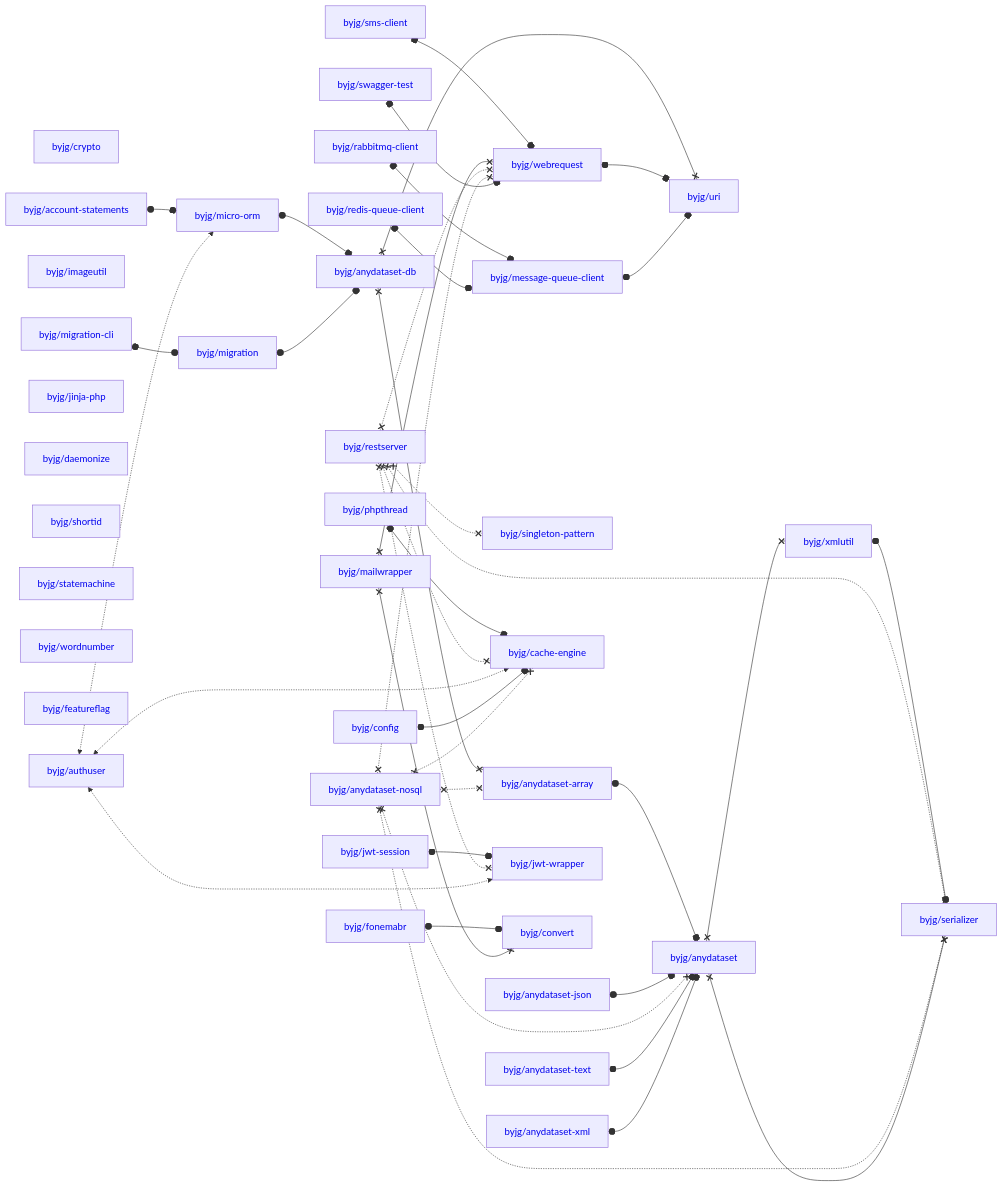
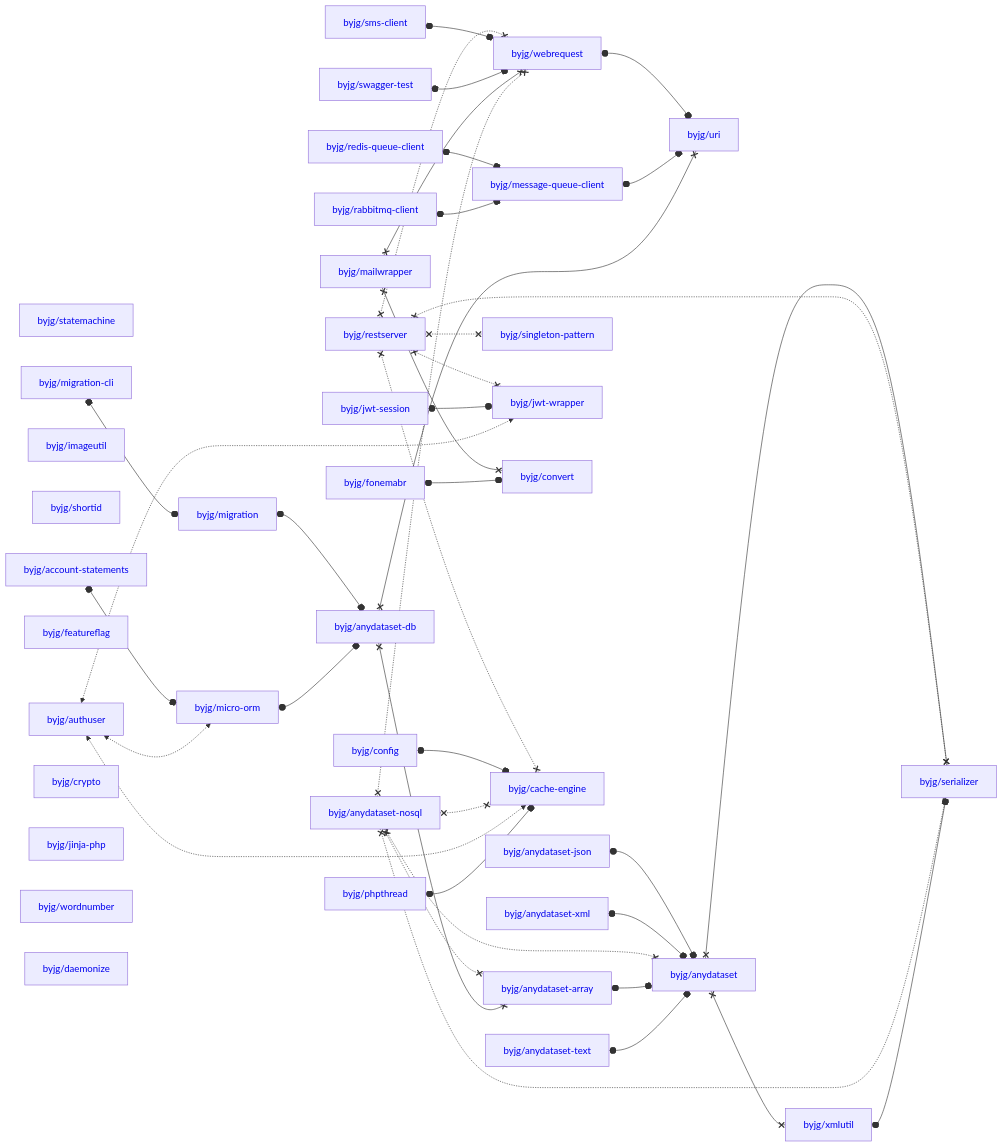
One commit to byjg/byjg.github.io changed the diagram in docs/php/README.md. Above: the diagram before and after it, drawn with Mermaid. The commit also changed other lines of this file, not shown here.

Commit message:
Update documentation 'php' 'php-migration'

````diff
--- a/docs/php/README.md
+++ b/docs/php/README.md
@@ -3,80 +3,80 @@
 ```mermaid
 graph LR;
-  byjg/swagger-test[<a href='https://opensource.byjg.com/docs/php/swagger-test' style='text-decoration:none'>byjg/swagger-test</a>];
-  byjg/crypto[<a href='https://opensource.byjg.com/docs/php/crypto' style='text-decoration:none'>byjg/crypto</a>];
+  byjg/fonemabr[<a href='https://opensource.byjg.com/docs/php/fonemabr' style='text-decoration:none'>byjg/fonemabr</a>];
+  byjg/statemachine[<a href='https://opensource.byjg.com/docs/php/statemachine' style='text-decoration:none'>byjg/statemachine</a>];
+  byjg/jwt-session[<a href='https://opensource.byjg.com/docs/php/jwt-session' style='text-decoration:none'>byjg/jwt-session</a>];
+  byjg/authuser[<a href='https://opensource.byjg.com/docs/php/authuser' style='text-decoration:none'>byjg/authuser</a>];
+  byjg/anydataset-json[<a href='https://opensource.byjg.com/docs/php/anydataset-json' style='text-decoration:none'>byjg/anydataset-json</a>];
+  byjg/anydataset-nosql[<a href='https://opensource.byjg.com/docs/php/anydataset-nosql' style='text-decoration:none'>byjg/anydataset-nosql</a>];
+  byjg/anydataset-text[<a href='https://opensource.byjg.com/docs/php/anydataset-text' style='text-decoration:none'>byjg/anydataset-text</a>];
   byjg/rabbitmq-client[<a href='https://opensource.byjg.com/docs/php/rabbitmq-client' style='text-decoration:none'>byjg/rabbitmq-client</a>];
-  byjg/mailwrapper[<a href='https://opensource.byjg.com/docs/php/mailwrapper' style='text-decoration:none'>byjg/mailwrapper</a>];
-  byjg/account-statements[<a href='https://opensource.byjg.com/docs/php/account-statements' style='text-decoration:none'>byjg/account-statements</a>];
-  byjg/restserver[<a href='https://opensource.byjg.com/docs/php/restserver' style='text-decoration:none'>byjg/restserver</a>];
-  byjg/redis-queue-client[<a href='https://opensource.byjg.com/docs/php/redis-queue-client' style='text-decoration:none'>byjg/redis-queue-client</a>];
   byjg/imageutil[<a href='https://opensource.byjg.com/docs/php/imageutil' style='text-decoration:none'>byjg/imageutil</a>];
   byjg/anydataset-xml[<a href='https://opensource.byjg.com/docs/php/anydataset-xml' style='text-decoration:none'>byjg/anydataset-xml</a>];
+  byjg/redis-queue-client[<a href='https://opensource.byjg.com/docs/php/redis-queue-client' style='text-decoration:none'>byjg/redis-queue-client</a>];
+  byjg/shortid[<a href='https://opensource.byjg.com/docs/php/shortid' style='text-decoration:none'>byjg/shortid</a>];
+  byjg/restserver[<a href='https://opensource.byjg.com/docs/php/restserver' style='text-decoration:none'>byjg/restserver</a>];
+  byjg/migration-cli[<a href='https://opensource.byjg.com/docs/php/migration-cli' style='text-decoration:none'>byjg/migration-cli</a>];
+  byjg/featureflag[<a href='https://opensource.byjg.com/docs/php/featureflag' style='text-decoration:none'>byjg/featureflag</a>];
+  byjg/mailwrapper[<a href='https://opensource.byjg.com/docs/php/mailwrapper' style='text-decoration:none'>byjg/mailwrapper</a>];
+  byjg/phpthread[<a href='https://opensource.byjg.com/docs/php/phpthread' style='text-decoration:none'>byjg/phpthread</a>];
   byjg/config[<a href='https://opensource.byjg.com/docs/php/config' style='text-decoration:none'>byjg/config</a>];
-  byjg/authuser[<a href='https://opensource.byjg.com/docs/php/authuser' style='text-decoration:none'>byjg/authuser</a>];
+  byjg/account-statements[<a href='https://opensource.byjg.com/docs/php/account-statements' style='text-decoration:none'>byjg/account-statements</a>];
+  byjg/crypto[<a href='https://opensource.byjg.com/docs/php/crypto' style='text-decoration:none'>byjg/crypto</a>];
   byjg/jinja-php[<a href='https://opensource.byjg.com/docs/php/jinja-php' style='text-decoration:none'>byjg/jinja-php</a>];
-  byjg/phpthread[<a href='https://opensource.byjg.com/docs/php/phpthread' style='text-decoration:none'>byjg/phpthread</a>];
-  byjg/anydataset-nosql[<a href='https://opensource.byjg.com/docs/php/anydataset-nosql' style='text-decoration:none'>byjg/anydataset-nosql</a>];
+  byjg/swagger-test[<a href='https://opensource.byjg.com/docs/php/swagger-test' style='text-decoration:none'>byjg/swagger-test</a>];
+  byjg/wordnumber[<a href='https://opensource.byjg.com/docs/php/wordnumber' style='text-decoration:none'>byjg/wordnumber</a>];
   byjg/sms-client[<a href='https://opensource.byjg.com/docs/php/sms-client' style='text-decoration:none'>byjg/sms-client</a>];
-  byjg/jwt-session[<a href='https://opensource.byjg.com/docs/php/jwt-session' style='text-decoration:none'>byjg/jwt-session</a>];
   byjg/daemonize[<a href='https://opensource.byjg.com/docs/php/daemonize' style='text-decoration:none'>byjg/daemonize</a>];
-  byjg/shortid[<a href='https://opensource.byjg.com/docs/php/shortid' style='text-decoration:none'>byjg/shortid</a>];
-  byjg/statemachine[<a href='https://opensource.byjg.com/docs/php/statemachine' style='text-decoration:none'>byjg/statemachine</a>];
-  byjg/wordnumber[<a href='https://opensource.byjg.com/docs/php/wordnumber' style='text-decoration:none'>byjg/wordnumber</a>];
-  byjg/anydataset-json[<a href='https://opensource.byjg.com/docs/php/anydataset-json' style='text-decoration:none'>byjg/anydataset-json</a>];
-  byjg/anydataset-text[<a href='https://opensource.byjg.com/docs/php/anydataset-text' style='text-decoration:none'>byjg/anydataset-text</a>];
-  byjg/featureflag[<a href='https://opensource.byjg.com/docs/php/featureflag' style='text-decoration:none'>byjg/featureflag</a>];
-  byjg/migration-cli[<a href='https://opensource.byjg.com/docs/php/migration-cli' style='text-decoration:none'>byjg/migration-cli</a>];
-  byjg/fonemabr[<a href='https://opensource.byjg.com/docs/php/fonemabr' style='text-decoration:none'>byjg/fonemabr</a>];
+  byjg/message-queue-client[<a href='https://opensource.byjg.com/docs/php/message-queue-client' style='text-decoration:none'>byjg/message-queue-client</a>];
   byjg/singleton-pattern[<a href='https://opensource.byjg.com/docs/php/singleton-pattern' style='text-decoration:none'>byjg/singleton-pattern</a>];
-  byjg/message-queue-client[<a href='https://opensource.byjg.com/docs/php/message-queue-client' style='text-decoration:none'>byjg/message-queue-client</a>];
-  byjg/micro-orm[<a href='https://opensource.byjg.com/docs/php/micro-orm' style='text-decoration:none'>byjg/micro-orm</a>];
-  byjg/cache-engine[<a href='https://opensource.byjg.com/docs/php/cache-engine' style='text-decoration:none'>byjg/cache-engine</a>];
-  byjg/webrequest[<a href='https://opensource.byjg.com/docs/php/webrequest' style='text-decoration:none'>byjg/webrequest</a>];
   byjg/jwt-wrapper[<a href='https://opensource.byjg.com/docs/php/jwt-wrapper' style='text-decoration:none'>byjg/jwt-wrapper</a>];
   byjg/migration[<a href='https://opensource.byjg.com/docs/php/migration' style='text-decoration:none'>byjg/migration</a>];
   byjg/convert[<a href='https://opensource.byjg.com/docs/php/convert' style='text-decoration:none'>byjg/convert</a>];
+  byjg/cache-engine[<a href='https://opensource.byjg.com/docs/php/cache-engine' style='text-decoration:none'>byjg/cache-engine</a>];
+  byjg/micro-orm[<a href='https://opensource.byjg.com/docs/php/micro-orm' style='text-decoration:none'>byjg/micro-orm</a>];
+  byjg/webrequest[<a href='https://opensource.byjg.com/docs/php/webrequest' style='text-decoration:none'>byjg/webrequest</a>];
   byjg/anydataset-db[<a href='https://opensource.byjg.com/docs/php/anydataset-db' style='text-decoration:none'>byjg/anydataset-db</a>];
   byjg/anydataset-array[<a href='https://opensource.byjg.com/docs/php/anydataset-array' style='text-decoration:none'>byjg/anydataset-array</a>];
   byjg/uri[<a href='https://opensource.byjg.com/docs/php/uri' style='text-decoration:none'>byjg/uri</a>];
   byjg/anydataset[<a href='https://opensource.byjg.com/docs/php/anydataset' style='text-decoration:none'>byjg/anydataset</a>];
   byjg/xmlutil[<a href='https://opensource.byjg.com/docs/php/xmlutil' style='text-decoration:none'>byjg/xmlutil</a>];
   byjg/serializer[<a href='https://opensource.byjg.com/docs/php/serializer' style='text-decoration:none'>byjg/serializer</a>];
-  byjg/message-queue-client o--o byjg/uri;
-  byjg/anydataset-xml o--o byjg/anydataset;
-  byjg/swagger-test o--o byjg/webrequest;
+  byjg/anydataset-json o--o byjg/anydataset;
   byjg/anydataset x--x byjg/serializer;
   byjg/anydataset x--x byjg/xmlutil;
-  byjg/anydataset-text o--o byjg/anydataset;
-  byjg/anydataset-nosql x-.-x byjg/anydataset;
-  byjg/anydataset-nosql x-.-x byjg/anydataset-array;
-  byjg/anydataset-nosql x-.-x byjg/serializer;
-  byjg/anydataset-nosql x-.-x byjg/webrequest;
-  byjg/anydataset-nosql x-.-x byjg/cache-engine;
-  byjg/config o--o byjg/cache-engine;
-  byjg/anydataset-json o--o byjg/anydataset;
-  byjg/anydataset-array o--o byjg/anydataset;
-  byjg/authuser <-.-> byjg/micro-orm;
-  byjg/authuser <-.-> byjg/cache-engine;
-  byjg/authuser <-.-> byjg/jwt-wrapper;
   byjg/migration-cli o--o byjg/migration;
   byjg/restserver x-.-x byjg/serializer;
   byjg/restserver x-.-x byjg/singleton-pattern;
   byjg/restserver x-.-x byjg/cache-engine;
   byjg/restserver x-.-x byjg/webrequest;
   byjg/restserver x-.-x byjg/jwt-wrapper;
+  byjg/sms-client o--o byjg/webrequest;
+  byjg/swagger-test o--o byjg/webrequest;
+  byjg/config o--o byjg/cache-engine;
+  byjg/webrequest o--o byjg/uri;
+  byjg/message-queue-client o--o byjg/uri;
+  byjg/jwt-session o--o byjg/jwt-wrapper;
+  byjg/anydataset-xml o--o byjg/anydataset;
+  byjg/account-statements o--o byjg/micro-orm;
   byjg/mailwrapper x--x byjg/convert;
   byjg/mailwrapper x--x byjg/webrequest;
-  byjg/jwt-session o--o byjg/jwt-wrapper;
-  byjg/account-statements o--o byjg/micro-orm;
-  byjg/phpthread o--o byjg/cache-engine;
+  byjg/anydataset-nosql x-.-x byjg/anydataset;
+  byjg/anydataset-nosql x-.-x byjg/anydataset-array;
+  byjg/anydataset-nosql x-.-x byjg/serializer;
+  byjg/anydataset-nosql x-.-x byjg/webrequest;
+  byjg/anydataset-nosql x-.-x byjg/cache-engine;
   byjg/migration o--o byjg/anydataset-db;
-  byjg/xmlutil o--o byjg/serializer;
+  byjg/anydataset-db x--x byjg/anydataset-array;
+  byjg/anydataset-db x--x byjg/uri;
   byjg/fonemabr o--o byjg/convert;
   byjg/redis-queue-client o--o byjg/message-queue-client;
-  byjg/webrequest o--o byjg/uri;
+  byjg/anydataset-array o--o byjg/anydataset;
+  byjg/anydataset-text o--o byjg/anydataset;
+  byjg/authuser <-.-> byjg/micro-orm;
+  byjg/authuser <-.-> byjg/cache-engine;
+  byjg/authuser <-.-> byjg/jwt-wrapper;
+  byjg/phpthread o--o byjg/cache-engine;
+  byjg/xmlutil o--o byjg/serializer;
+  byjg/micro-orm o--o byjg/anydataset-db;
   byjg/rabbitmq-client o--o byjg/message-queue-client;
-  byjg/sms-client o--o byjg/webrequest;
-  byjg/anydataset-db x--x byjg/anydataset-array;
-  byjg/anydataset-db x--x byjg/uri;
-  byjg/micro-orm o--o byjg/anydataset-db;
 ```
````
